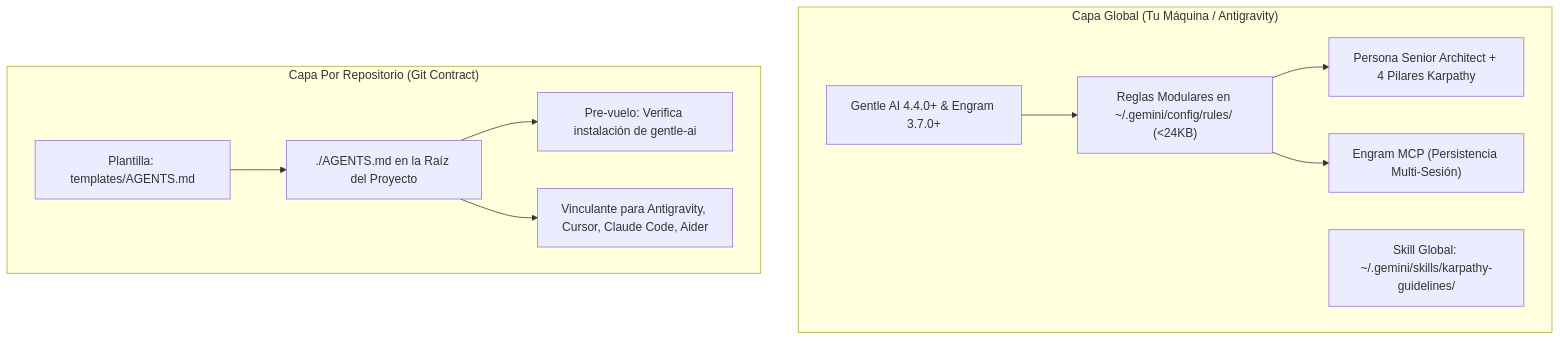
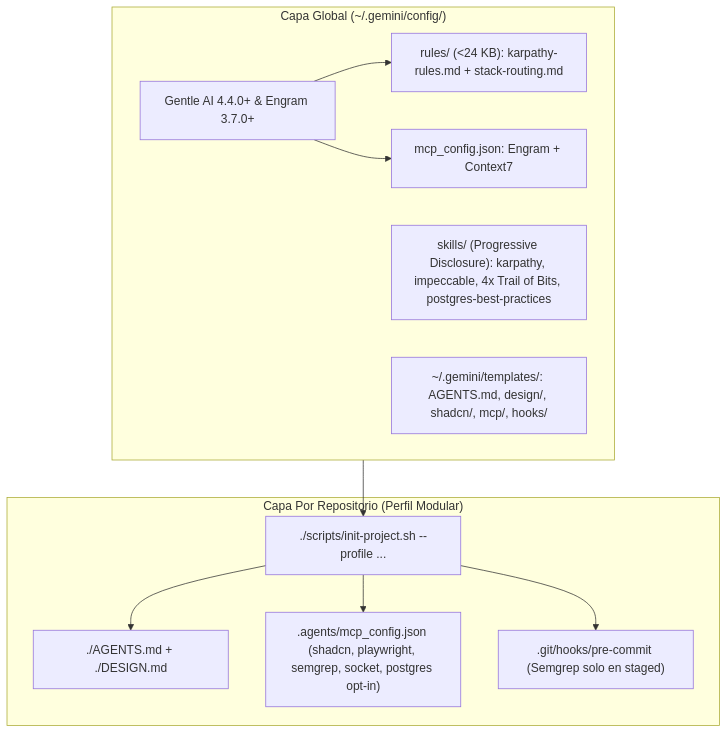
One commit to chili4/antigravity-gentle-karpathy-stack changed the diagram in README.md. Above: the diagram before and after it, drawn with Mermaid. The commit also changed other lines of this file and 1 other file, not shown here.

Commit message:
feat(doctor,docs): add stack diagnostic script and update README

````diff
--- a/README.md
+++ b/README.md
@@ -27,15 +29,17 @@
 ```mermaid
 flowchart TD
-    subgraph Layer1["Capa Global (Tu Máquina / Antigravity)"]
-        Upgrade["Gentle AI 4.4.0+ & Engram 3.7.0+"] --> ModularRules["Reglas Modulares en ~/.gemini/config/rules/ (<24KB)"]
-        ModularRules --> Persona["Persona Senior Architect + 4 Pilares Karpathy"]
-        ModularRules --> Engram["Engram MCP (Persistencia Multi-Sesión)"]
-        Skill["Skill Global: ~/.gemini/skills/karpathy-guidelines/"]
+    subgraph Layer1["Capa Global (~/.gemini/config/)"]
+        GAI["Gentle AI 4.4.0+ & Engram 3.7.0+"] --> Rules["rules/ (<24 KB): karpathy-rules.md + stack-routing.md"]
+        GAI --> GlobalMCP["mcp_config.json: Engram + Context7"]
+        Skills["skills/ (Progressive Disclosure): karpathy, impeccable, 4x Trail of Bits, postgres-best-practices"]
+        Templates["~/.gemini/templates/: AGENTS.md, design/, shadcn/, mcp/, hooks/"]
     end
 
-    subgraph Layer2["Capa Por Repositorio (Git Contract)"]
-        Template["Plantilla: templates/AGENTS.md"] --> RepoContract["./AGENTS.md en la Raíz del Proyecto"]
-        RepoContract --> Preflight["Pre-vuelo: Verifica instalación de gentle-ai"]
-        RepoContract --> MultiAgent["Vinculante para Antigravity, Cursor, Claude Code, Aider"]
+    subgraph Layer2["Capa Por Repositorio (Perfil Modular)"]
+        Init["./scripts/init-project.sh --profile ..."] --> RepoContract["./AGENTS.md + ./DESIGN.md"]
+        Init --> ProjectMCP[".agents/mcp_config.json (shadcn, playwright, semgrep, socket, postgres opt-in)"]
+        Init --> PreCommit[".git/hooks/pre-commit (Semgrep solo en staged)"]
     end
+
+    Layer1 --> Init
 ```
````
